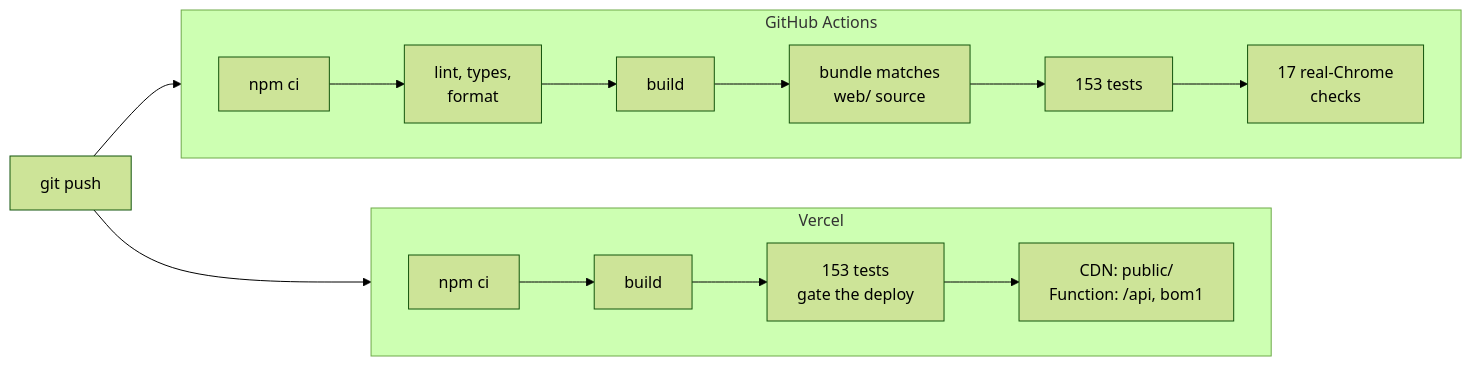
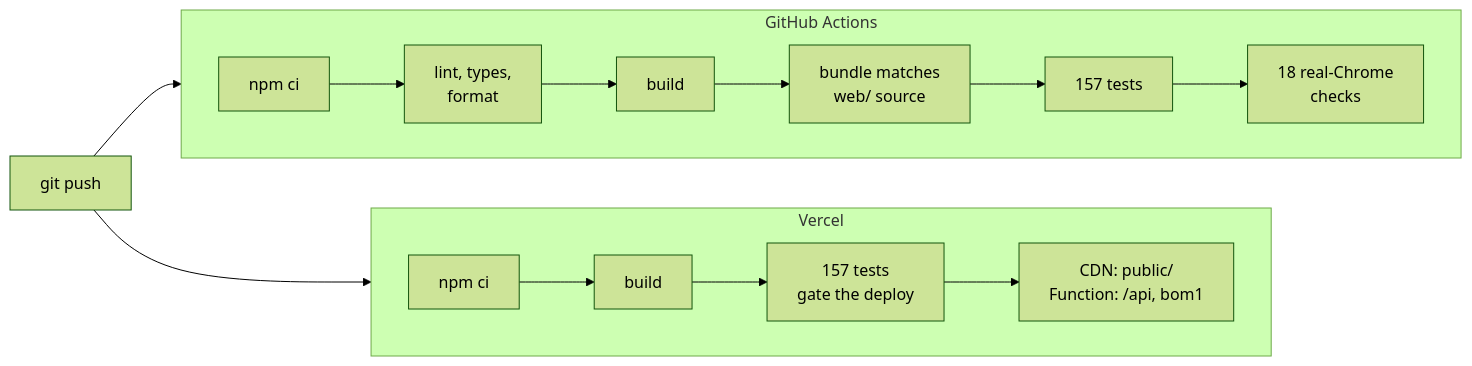
Before and after one commit to sahil-mangla/ClearBreath: the second of 2 diagrams in README.md, drawn with Mermaid (forest theme). The commit also changed other lines of this file and 89 other files, not shown here.

First line of the commit message:
Enforce function-level lint limits, type-check everything with noImplicitAny, tie the page's PlanResult to the server reply, fix the phone AQI scale

````diff
--- a/README.md
+++ b/README.md
@@ -131,13 +132,13 @@
 ```mermaid
 flowchart LR
   P[git push] --> CI
   P --> CD
   subgraph CI [GitHub Actions]
     direction LR
-    c1[npm ci] --> c1b[lint, types,<br/>format] --> c2[build] --> c3[bundle matches<br/>web/ source] --> c4[153 tests] --> c5[17 real-Chrome<br/>checks]
+    c1[npm ci] --> c1b[lint, types,<br/>format] --> c2[build] --> c3[bundle matches<br/>web/ source] --> c4[157 tests] --> c5[18 real-Chrome<br/>checks]
   end
   subgraph CD [Vercel]
     direction LR
-    d1[npm ci] --> d2[build] --> d3[153 tests<br/>gate the deploy] --> d4[CDN: public/<br/>Function: /api, bom1]
+    d1[npm ci] --> d2[build] --> d3[157 tests<br/>gate the deploy] --> d4[CDN: public/<br/>Function: /api, bom1]
   end
 ```
````
